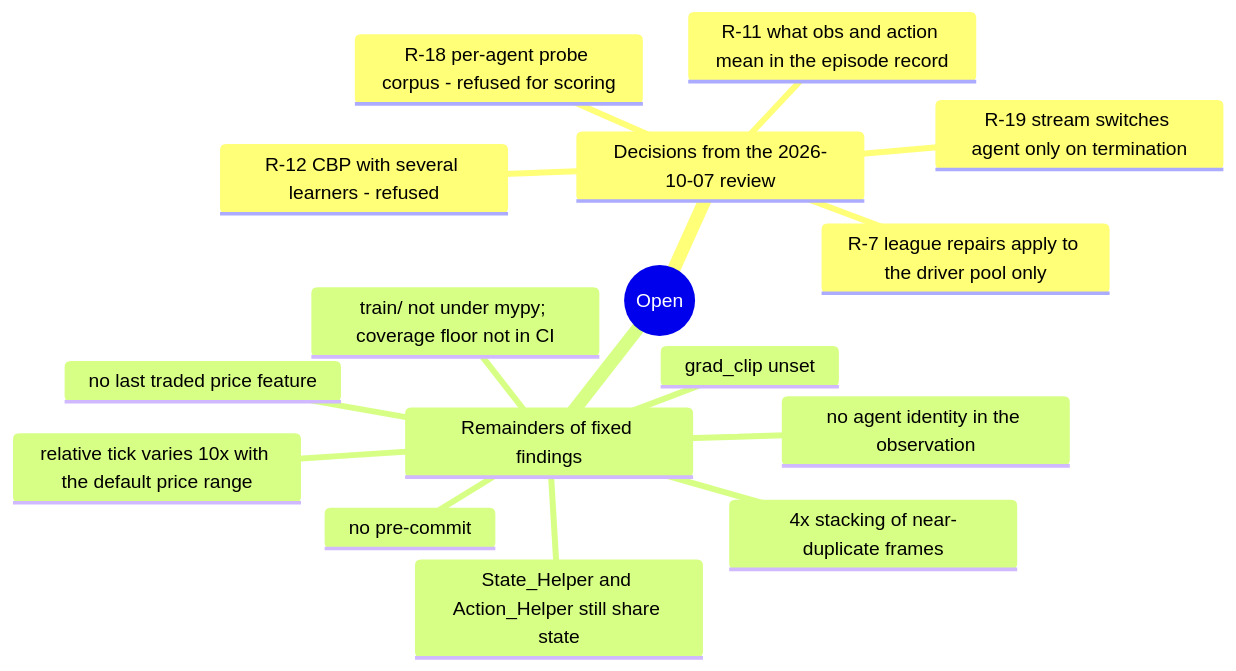
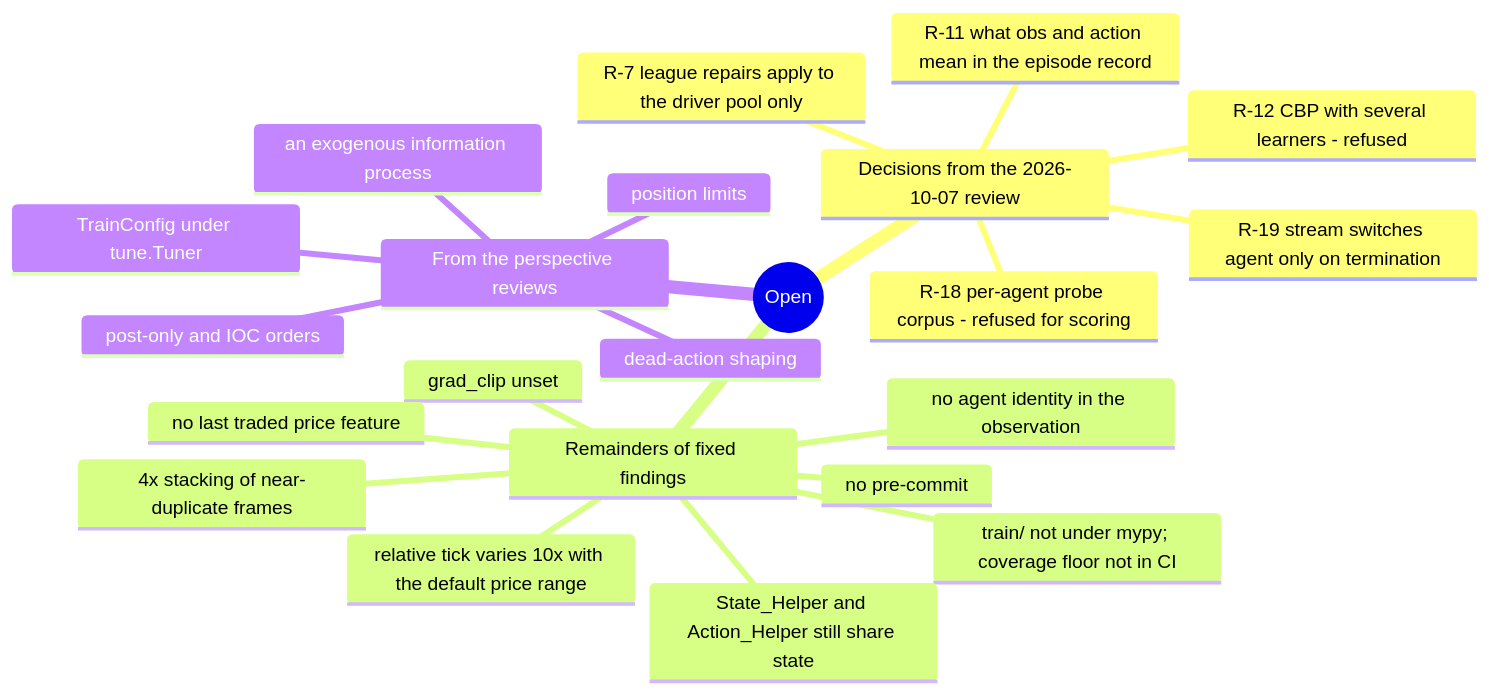
Before and after one commit to ChuaCheowHuan/gym-continuousDoubleAuction: the diagram in docs/15_findings_and_recommendations.md, drawn with Mermaid. The commit also changed other lines of this file and 3 other files, not shown here.

````diff
--- a/docs/15_findings_and_recommendations.md
+++ b/docs/15_findings_and_recommendations.md
@@ -30,19 +31,25 @@
 ```mermaid
 mindmap
   root((Open))
     Decisions from the 2026-10-07 review
       R-7 league repairs apply to the driver pool only
       R-11 what obs and action mean in the episode record
       R-12 CBP with several learners - refused
       R-18 per-agent probe corpus - refused for scoring
       R-19 stream switches agent only on termination
     Remainders of fixed findings
       grad_clip unset
       no agent identity in the observation
       no last traded price feature
       train/ not under mypy; coverage floor not in CI
       State_Helper and Action_Helper still share state
       4x stacking of near-duplicate frames
       relative tick varies 10x with the default price range
       no pre-commit
+    From the perspective reviews
+      dead-action shaping
+      position limits
+      post-only and IOC orders
+      an exogenous information process
+      TrainConfig under tune.Tuner
 ```
````
